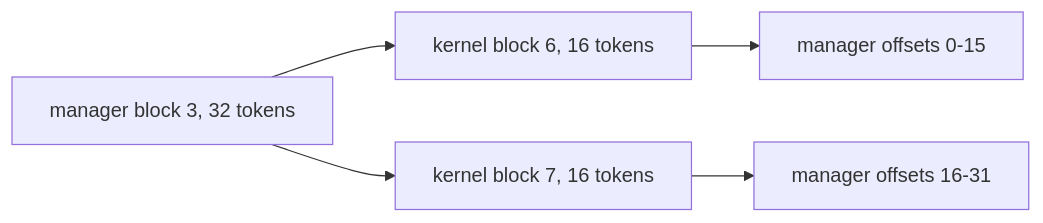
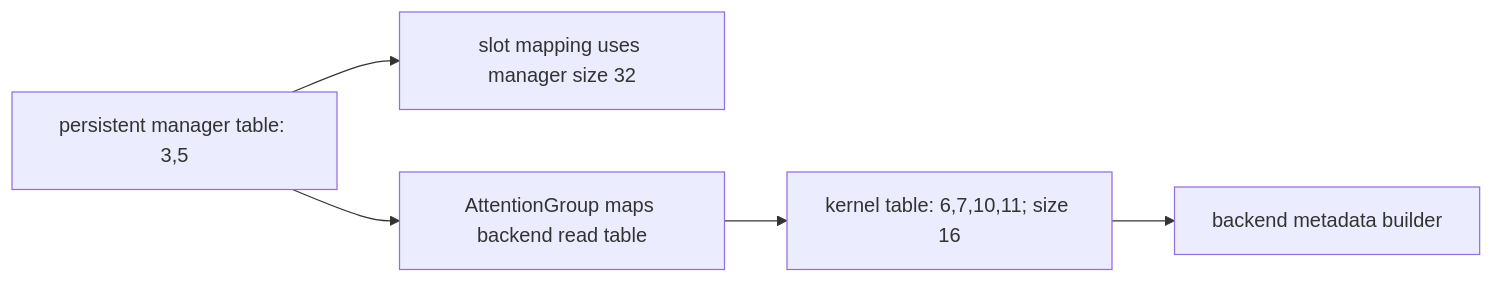
One commit to cluster1900/vllm_reader changed the eighth of 41 diagrams in book/06-paged-attention/README.md. Above: the diagram before and after it, drawn with Mermaid. The commit also changed other lines of this file and 37 other files, not shown here.

````diff
--- a/book/06-paged-attention/README.md
+++ b/book/06-paged-attention/README.md
@@ -321,7 +320,7 @@
 ```mermaid
 flowchart LR
-    M3["manager block 3, 32 tokens"] --> K6["kernel block 6, 16 tokens"]
-    M3 --> K7["kernel block 7, 16 tokens"]
-    K6 --> T0["manager offsets 0-15"]
-    K7 --> T1["manager offsets 16-31"]
+    M["persistent manager table: 3,5"] --> S["slot mapping uses manager size 32"]
+    M --> G["AttentionGroup maps backend read table"]
+    G --> K["kernel table: 6,7,10,11; size 16"]
+    K --> B["backend metadata builder"]
 ```
````
